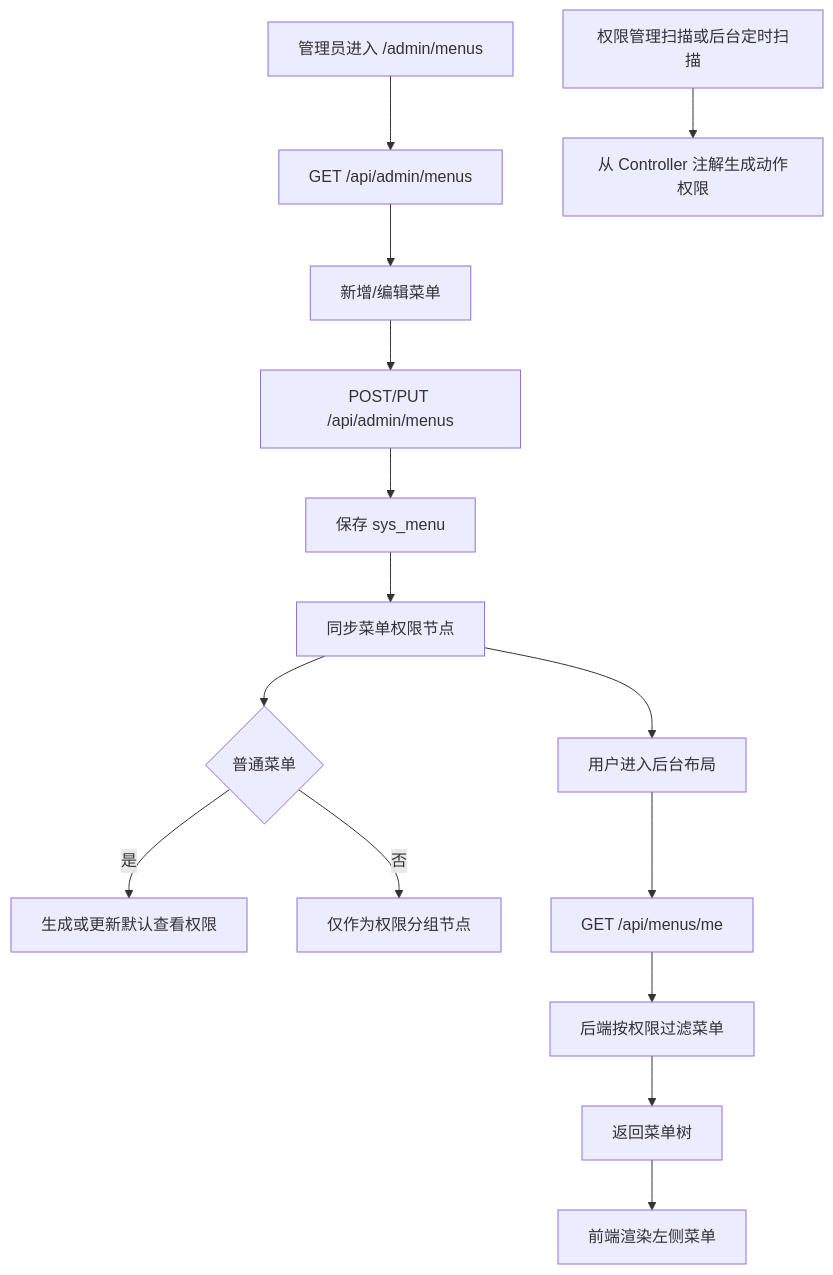
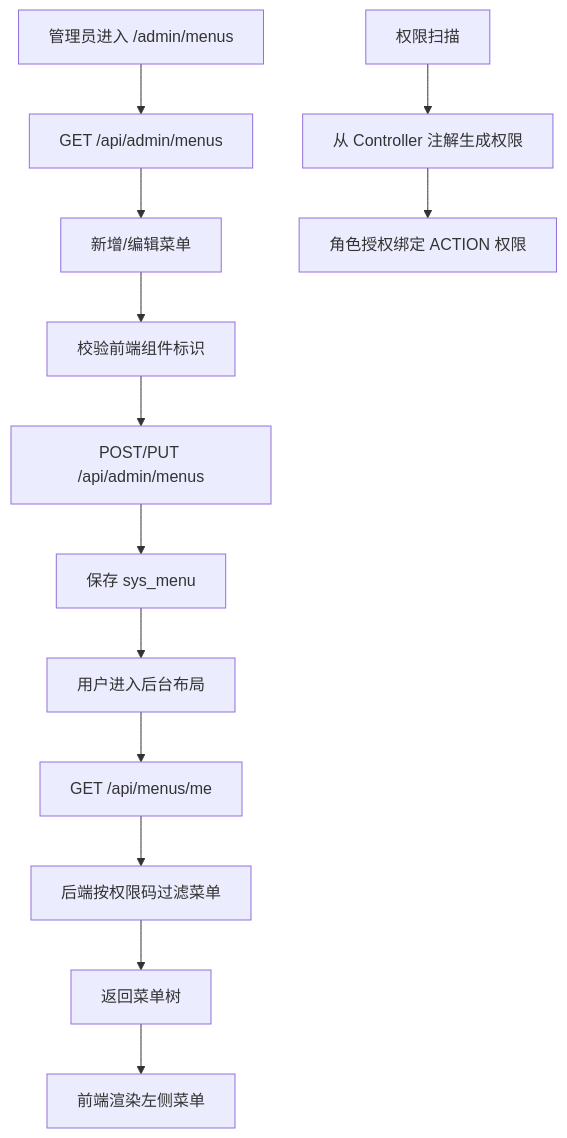
One commit to guokai2012/exam-ai changed the diagram in docs/20260601172500_menu-management-flow.md. Above: the diagram before and after it, drawn with Mermaid. The commit also changed other lines of this file and 24 other files, not shown here.

````diff
--- a/docs/20260601172500_menu-management-flow.md
+++ b/docs/20260601172500_menu-management-flow.md
@@ -28,17 +29,15 @@
 ```mermaid
 flowchart TD
     A["管理员进入 /admin/menus"] --> B["GET /api/admin/menus"]
     B --> C["新增/编辑菜单"]
-    C --> D["POST/PUT /api/admin/menus"]
-    D --> E["保存 sys_menu"]
-    E --> F["同步菜单权限节点"]
-    F --> G{"普通菜单"}
-    G -- "是" --> H["生成或更新默认查看权限"]
-    G -- "否" --> I["仅作为权限分组节点"]
-    J["权限管理扫描或后台定时扫描"] --> K["从 Controller 注解生成动作权限"]
-    F --> L["用户进入后台布局"]
-    L --> M["GET /api/menus/me"]
-    M --> N["后端按权限过滤菜单"]
-    N --> O["返回菜单树"]
-    O --> P["前端渲染左侧菜单"]
+    C --> D["校验前端组件标识"]
+    D --> E["POST/PUT /api/admin/menus"]
+    E --> F["保存 sys_menu"]
+    G["权限扫描"] --> H["从 Controller 注解生成权限"]
+    H --> I["角色授权绑定 ACTION 权限"]
+    F --> J["用户进入后台布局"]
+    J --> K["GET /api/menus/me"]
+    K --> L["后端按权限码过滤菜单"]
+    L --> M["返回菜单树"]
+    M --> N["前端渲染左侧菜单"]
 ```
````
